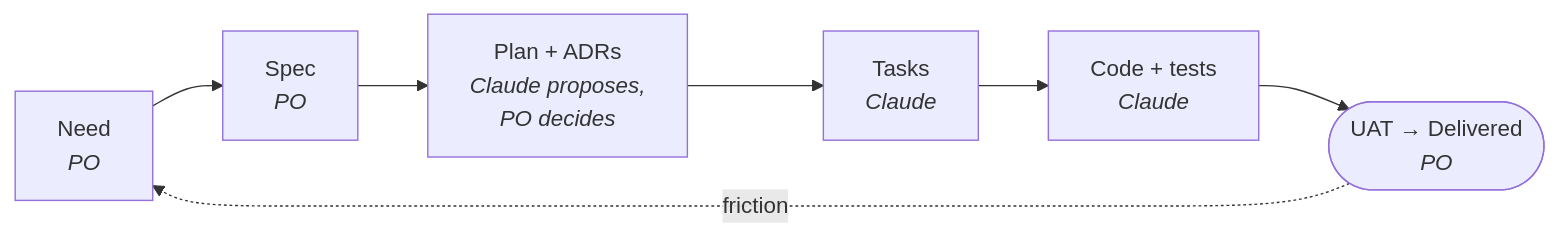
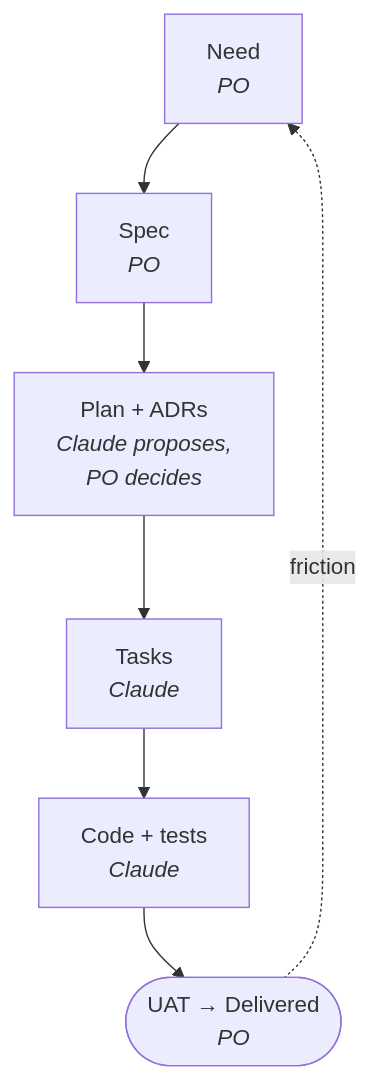
One commit to AlexLeQc/SprintYourLife changed the diagram in README.md. Above: the diagram before and after it, drawn with Mermaid.

Commit message:
docs(003): T01 vertical cycle diagram

````diff
--- a/README.md
+++ b/README.md
@@ -32,9 +32,9 @@
 ```mermaid
-flowchart LR
+flowchart TD
     A["Need<br/><i>PO</i>"] --> B["Spec<br/><i>PO</i>"]
     B --> C["Plan + ADRs<br/><i>Claude proposes,<br/>PO decides</i>"]
     C --> D["Tasks<br/><i>Claude</i>"]
     D --> E["Code + tests<br/><i>Claude</i>"]
     E --> F(["UAT → Delivered<br/><i>PO</i>"])
     F -. friction .-> A
 ```
````
